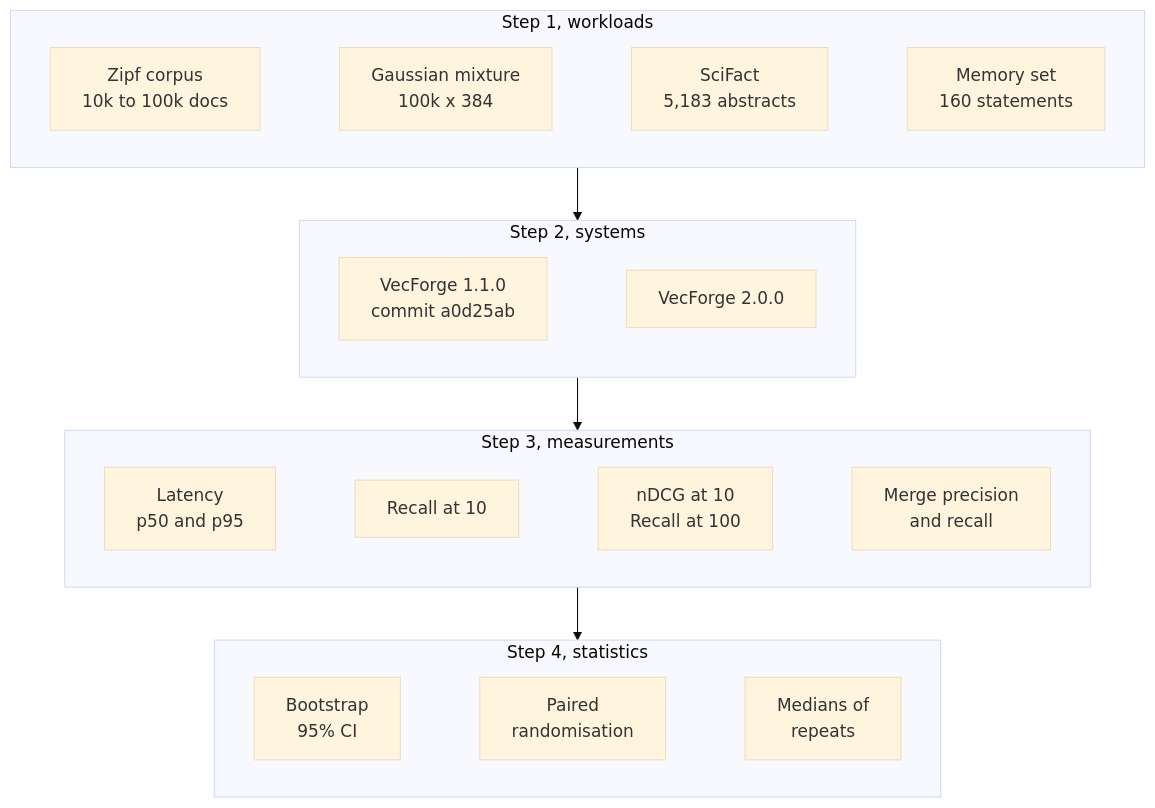
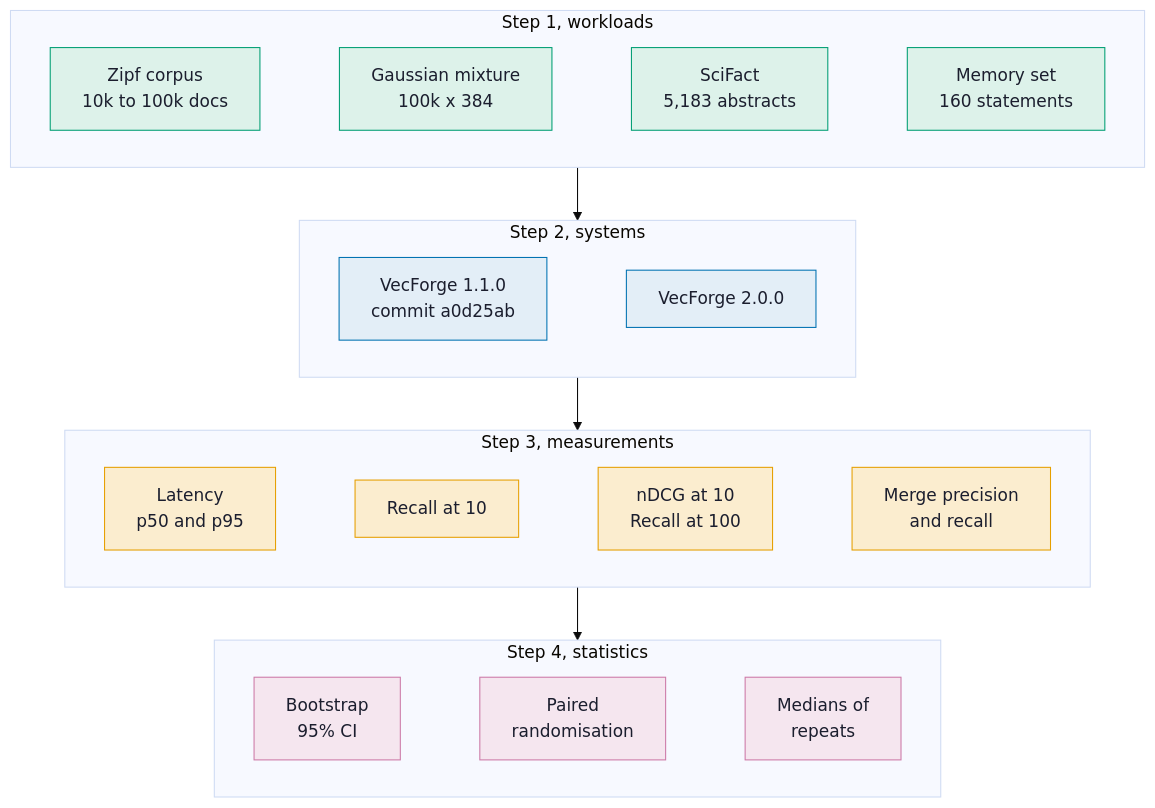
The diagram in paper/figures/src/fig-methodology.mmd (bosekarmegam/vecforge), drawn with Mermaid (base theme) before and after one commit. The commit also changed 45 other files, not shown here.

First line of the commit message:
Paper: colour-blind-safe figure palette and arXiv LaTeX source package

```diff
--- a/paper/figures/src/fig-methodology.mmd
+++ b/paper/figures/src/fig-methodology.mmd
@@ -1,18 +1,27 @@
 flowchart TB
+    %% node roles, colours from palette.json (diagram section)
+    classDef data fill:#DDF2EA,stroke:#009E73,color:#1B1E2E
+    classDef process fill:#E3EEF7,stroke:#0072B2,color:#1B1E2E
+    classDef memory fill:#F5E6EF,stroke:#CC79A7,color:#1B1E2E
+    classDef measure fill:#FBEDCF,stroke:#E69F00,color:#1B1E2E
     subgraph W [Step 1, workloads]
         direction LR
         W1[Zipf corpus<br/>10k to 100k docs] ~~~ W2[Gaussian mixture<br/>100k x 384] ~~~ W3[SciFact<br/>5,183 abstracts] ~~~ W4[Memory set<br/>160 statements]
     end
     subgraph S [Step 2, systems]
         direction LR
         S1[VecForge 1.1.0<br/>commit a0d25ab] ~~~ S2[VecForge 2.0.0]
     end
     subgraph M [Step 3, measurements]
         direction LR
         M1[Latency<br/>p50 and p95] ~~~ M2[Recall at 10] ~~~ M3[nDCG at 10<br/>Recall at 100] ~~~ M4[Merge precision<br/>and recall]
     end
     subgraph T [Step 4, statistics]
         direction LR
         T1[Bootstrap<br/>95% CI] ~~~ T2[Paired<br/>randomisation] ~~~ T3[Medians of<br/>repeats]
     end
     W --> S --> M --> T
+    class W1,W2,W3,W4 data
+    class S1,S2 process
+    class M1,M2,M3,M4 measure
+    class T1,T2,T3 memory
```
